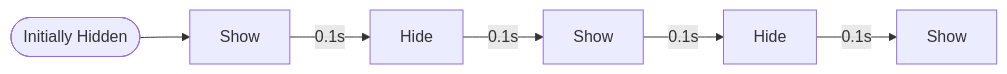
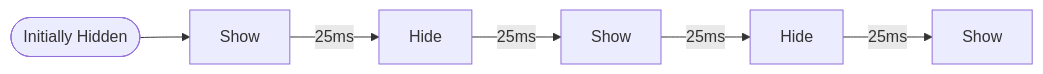
The diagram in source/_posts/Design/UI-Philosophy-Of-Endfield.md (isHarryh/isharryh.github.io), drawn with Mermaid before and after one commit. The commit also changed other lines of this file, not shown here.

````diff
--- a/source/_posts/Design/UI-Philosophy-Of-Endfield.md
+++ b/source/_posts/Design/UI-Philosophy-Of-Endfield.md
@@ -44,8 +41,8 @@
 ```mermaid
 flowchart LR
     A([Initially Hidden]) --> B[Show]
-    B --0.1s--> C[Hide]
-    C --0.1s--> D[Show]
-    D --0.1s--> E[Hide]
-    E --0.1s--> F[Show]
+    B --25ms--> C[Hide]
+    C --25ms--> D[Show]
+    D --25ms--> E[Hide]
+    E --25ms--> F[Show]
 ```
````
